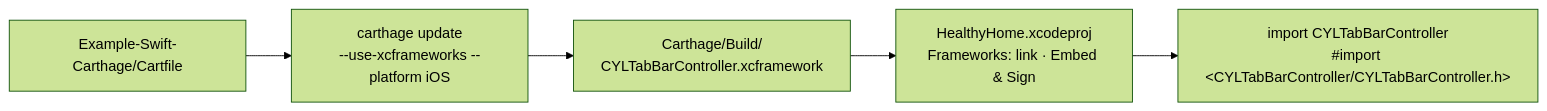
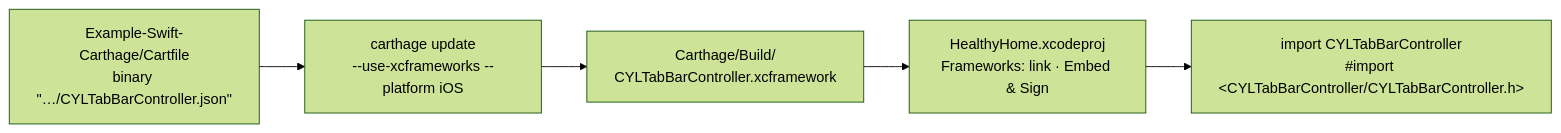
One commit to ChenYilong/CYLTabBarController changed the diagram in docs/Carthage-Example.md. Above: the diagram before and after it, drawn with Mermaid (forest theme). The commit also changed other lines of this file and 1251 other files, not shown here.

````diff
--- a/docs/Carthage-Example.md
+++ b/docs/Carthage-Example.md
@@ -18,7 +18,7 @@
 ```mermaid
 flowchart LR
-    A["Example-Swift-Carthage/Cartfile"] --> B["carthage update<br/>--use-xcframeworks --platform iOS"]
+    A["Example-Swift-Carthage/Cartfile<br/>binary &quot;…/CYLTabBarController.json&quot;"] --> B["carthage update<br/>--use-xcframeworks --platform iOS"]
     B --> C["Carthage/Build/<br/>CYLTabBarController.xcframework"]
     C --> D["HealthyHome.xcodeproj<br/>Frameworks: link · Embed &amp; Sign"]
     D --> E["import CYLTabBarController<br/>#import &lt;CYLTabBarController/CYLTabBarController.h&gt;"]
 ```
````
